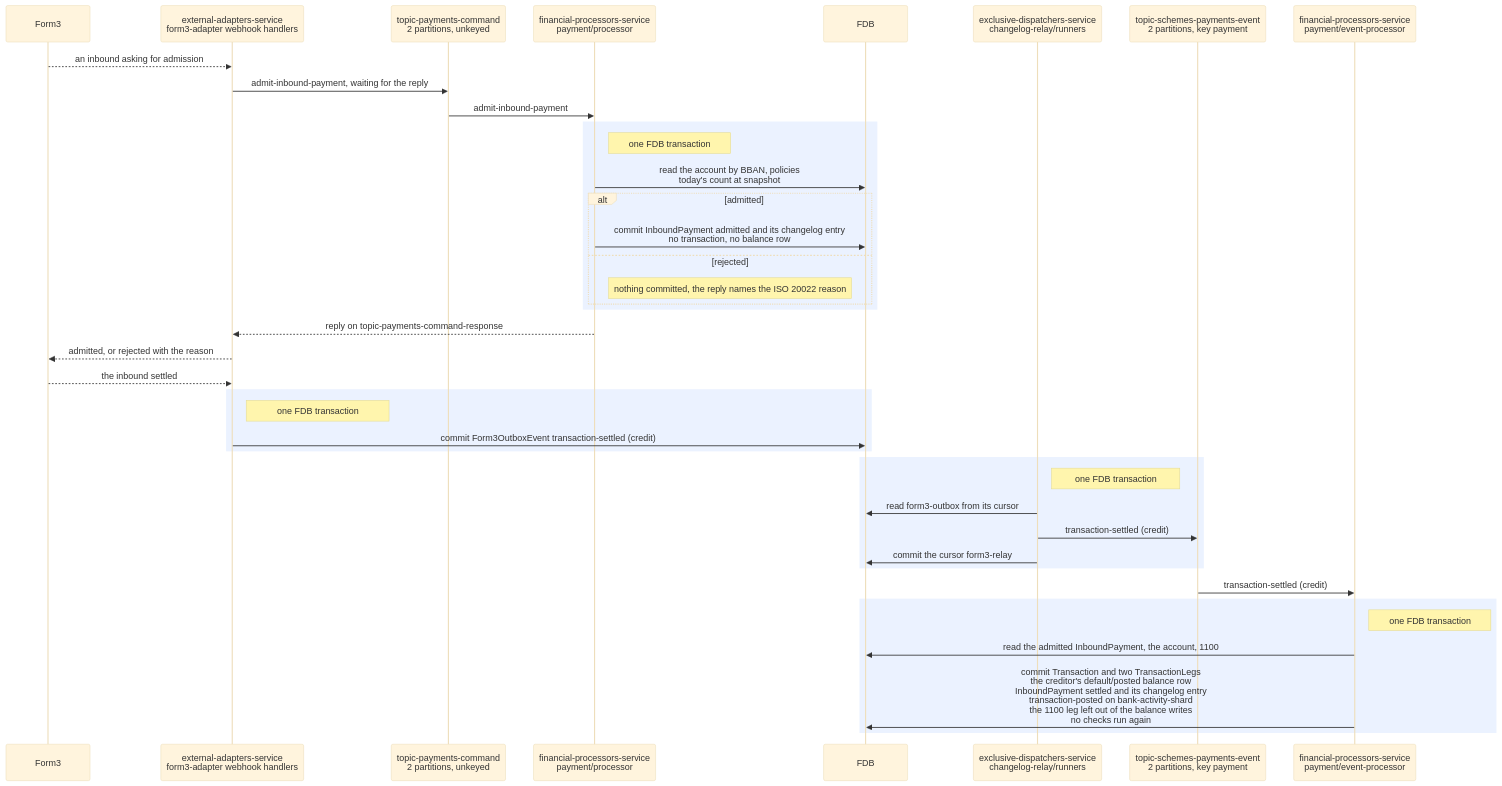
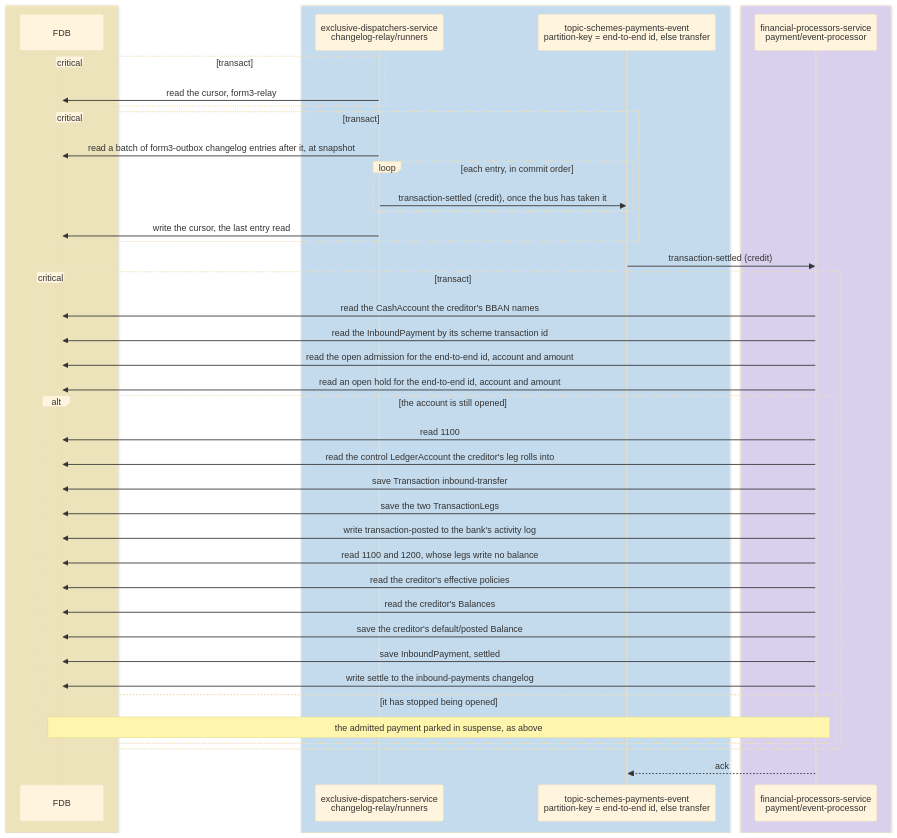
Before and after one commit to repldriven/queenswood: diagram 12 of 15 in docs/tdd/payments-inbound.md, drawn with Mermaid (base theme). The commit also changed other lines of this file and 2 other files, not shown here.

Commit message:
Draw outbound and inbound payments to the internal diagrams' conventions

````diff
--- a/docs/tdd/payments-inbound.md
+++ b/docs/tdd/payments-inbound.md
@@ -235,42 +561,46 @@
 ```mermaid
 sequenceDiagram
-    participant PR as Form3
-    participant WH as external-adapters-service<br/>form3-adapter webhook handlers
-    participant PC as topic-payments-command<br/>2 partitions, unkeyed
-    participant PP as financial-processors-service<br/>payment/processor
+    box rgba(255, 236, 153, 0.5)
     participant DB as FDB
+    end
+    box rgba(165, 216, 255, 0.45)
     participant OR as exclusive-dispatchers-service<br/>changelog-relay/runners
-    participant SE as topic-schemes-payments-event<br/>2 partitions, key payment
+    participant SE as topic-schemes-payments-event<br/>partition-key = end-to-end id, else transfer
+    end
+    box rgba(208, 191, 255, 0.45)
     participant PE as financial-processors-service<br/>payment/event-processor
-    PR-->>WH: an inbound asking for admission
-    WH->>PC: admit-inbound-payment, waiting for the reply
-    PC->>PP: admit-inbound-payment
-    rect rgb(235, 242, 255)
-    Note right of PP: one FDB transaction
-    PP->>DB: read the account by BBAN, policies<br/>today's count at snapshot
-    alt admitted
-        PP->>DB: commit InboundPayment admitted and its changelog entry<br/>no transaction, no balance row
-    else rejected
-        Note right of PP: nothing committed, the reply names the ISO 20022 reason
+    end
+    critical transact
+    OR->>DB: read the cursor, form3-relay
+    end
+    critical transact
+    OR->>DB: read a batch of form3-outbox changelog entries after it, at snapshot
+    loop each entry, in commit order
+    OR->>SE: transaction-settled (credit), once the bus has taken it
+    end
+    OR->>DB: write the cursor, the last entry read
+    end
+    SE->>PE: transaction-settled (credit)
+    critical transact
+    PE->>DB: read the CashAccount the creditor's BBAN names
+    PE->>DB: read the InboundPayment by its scheme transaction id
+    PE->>DB: read the open admission for the end-to-end id, account and amount
+    PE->>DB: read an open hold for the end-to-end id, account and amount
+    alt the account is still opened
+    PE->>DB: read 1100
+    PE->>DB: read the control LedgerAccount the creditor's leg rolls into
+    PE->>DB: save Transaction inbound-transfer
+    PE->>DB: save the two TransactionLegs
+    PE->>DB: write transaction-posted to the bank's activity log
+    PE->>DB: read 1100 and 1200, whose legs write no balance
+    PE->>DB: read the creditor's effective policies
+    PE->>DB: read the creditor's Balances
+    PE->>DB: save the creditor's default/posted Balance
+    PE->>DB: save InboundPayment, settled
+    PE->>DB: write settle to the inbound-payments changelog
+    else it has stopped being opened
+    Note over PE,DB: the admitted payment parked in suspense, as above
     end
     end
-    PP-->>WH: reply on topic-payments-command-response
-    WH-->>PR: admitted, or rejected with the reason
-    PR-->>WH: the inbound settled
-    rect rgb(235, 242, 255)
-    Note right of WH: one FDB transaction
-    WH->>DB: commit Form3OutboxEvent transaction-settled (credit)
-    end
-    rect rgb(235, 242, 255)
-    Note right of OR: one FDB transaction
-    OR->>DB: read form3-outbox from its cursor
-    OR->>SE: transaction-settled (credit)
-    OR->>DB: commit the cursor form3-relay
-    end
-    SE->>PE: transaction-settled (credit)
-    rect rgb(235, 242, 255)
-    Note right of PE: one FDB transaction
-    PE->>DB: read the admitted InboundPayment, the account, 1100
-    PE->>DB: commit Transaction and two TransactionLegs<br/>the creditor's default/posted balance row<br/>InboundPayment settled and its changelog entry<br/>transaction-posted on bank-activity-shard<br/>the 1100 leg left out of the balance writes<br/>no checks run again
-    end
+    PE-->>SE: ack
 ```
````
